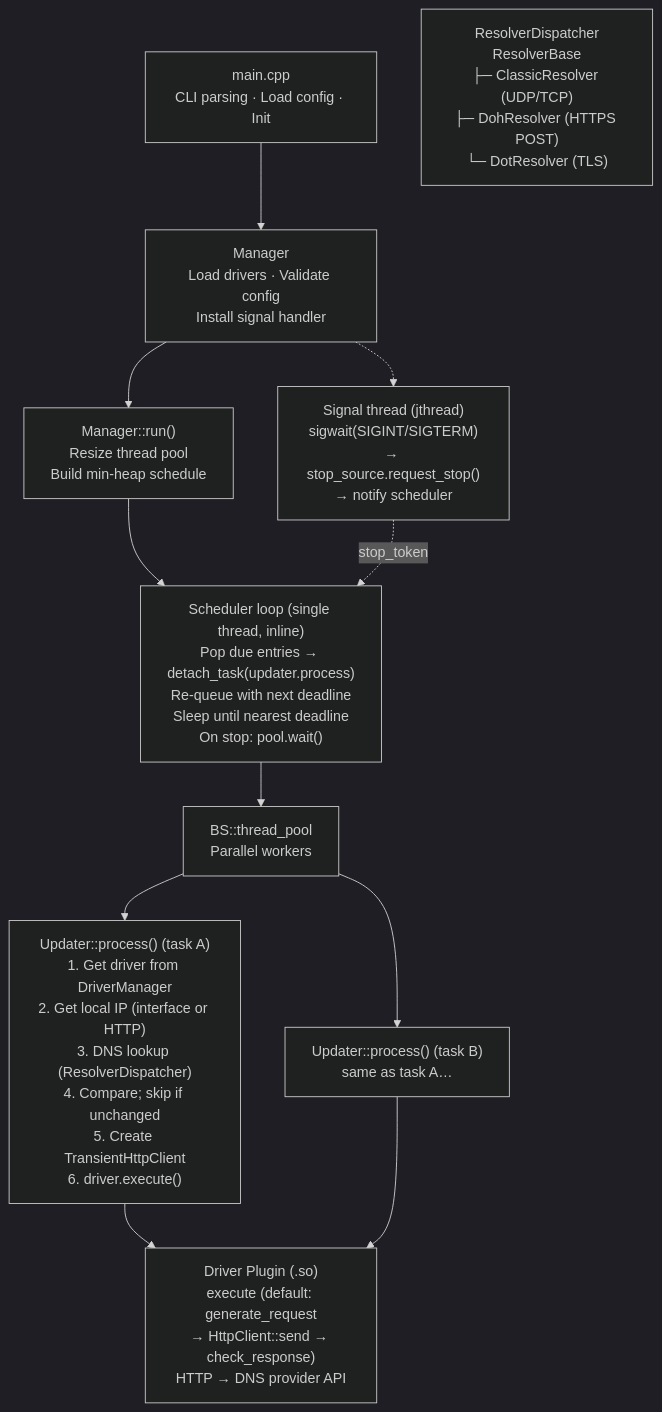
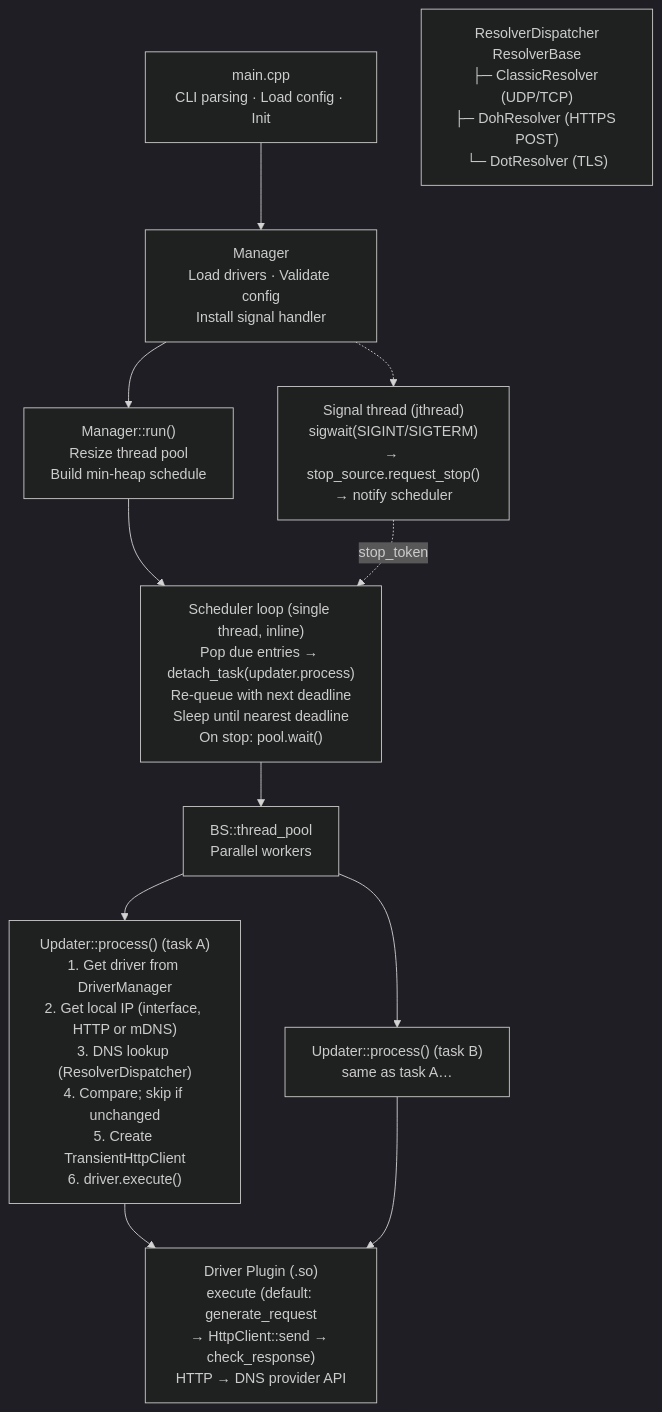
Before and after one commit to CyberKoo/yaddnsc: the diagram in README.md, drawn with Mermaid (dark theme). The commit also changed other lines of this file and 1 other file, not shown here.

Commit message:
Docs: streamline README structure and consolidate DNS resolver documentation

````diff
--- a/README.md
+++ b/README.md
@@ -28,51 +28,51 @@
 ```mermaid
 flowchart TB
     main["main.cpp
 CLI parsing · Load config · Init"]
     mgr["Manager
 Load drivers · Validate config
 Install signal handler"]
     run["Manager::run()
 Resize thread pool
 Build min-heap schedule"]
     sched["Scheduler loop (single thread, inline)
 Pop due entries → detach_task(updater.process)
 Re-queue with next deadline
 Sleep until nearest deadline
 On stop: pool.wait()"]
     signal["Signal thread (jthread)
 sigwait(SIGINT/SIGTERM)
 → stop_source.request_stop()
 → notify scheduler"]
     pool["BS::thread_pool
 Parallel workers"]
     updaterA["Updater::process() (task A)
 1. Get driver from DriverManager
-2. Get local IP (interface or HTTP)
+2. Get local IP (interface, HTTP or mDNS)
 3. DNS lookup (ResolverDispatcher)
 4. Compare; skip if unchanged
 5. Create TransientHttpClient
 6. driver.execute()"]
     updaterB["Updater::process() (task B)
 same as task A…"]
     driver["Driver Plugin (.so)
 execute (default: generate_request
 → HttpClient::send → check_response)
 HTTP → DNS provider API"]
     dns["ResolverDispatcher
 ResolverBase
 ├─ ClassicResolver (UDP/TCP)
 ├─ DohResolver (HTTPS POST)
 └─ DotResolver (TLS)"]
 
     main --> mgr
     mgr --> run
     run --> sched
     mgr -.-> signal
     signal -.->|stop_token| sched
     sched --> pool
     pool --> updaterA
     pool --> updaterB
     updaterA --> driver
     updaterB --> driver
 ```
````
